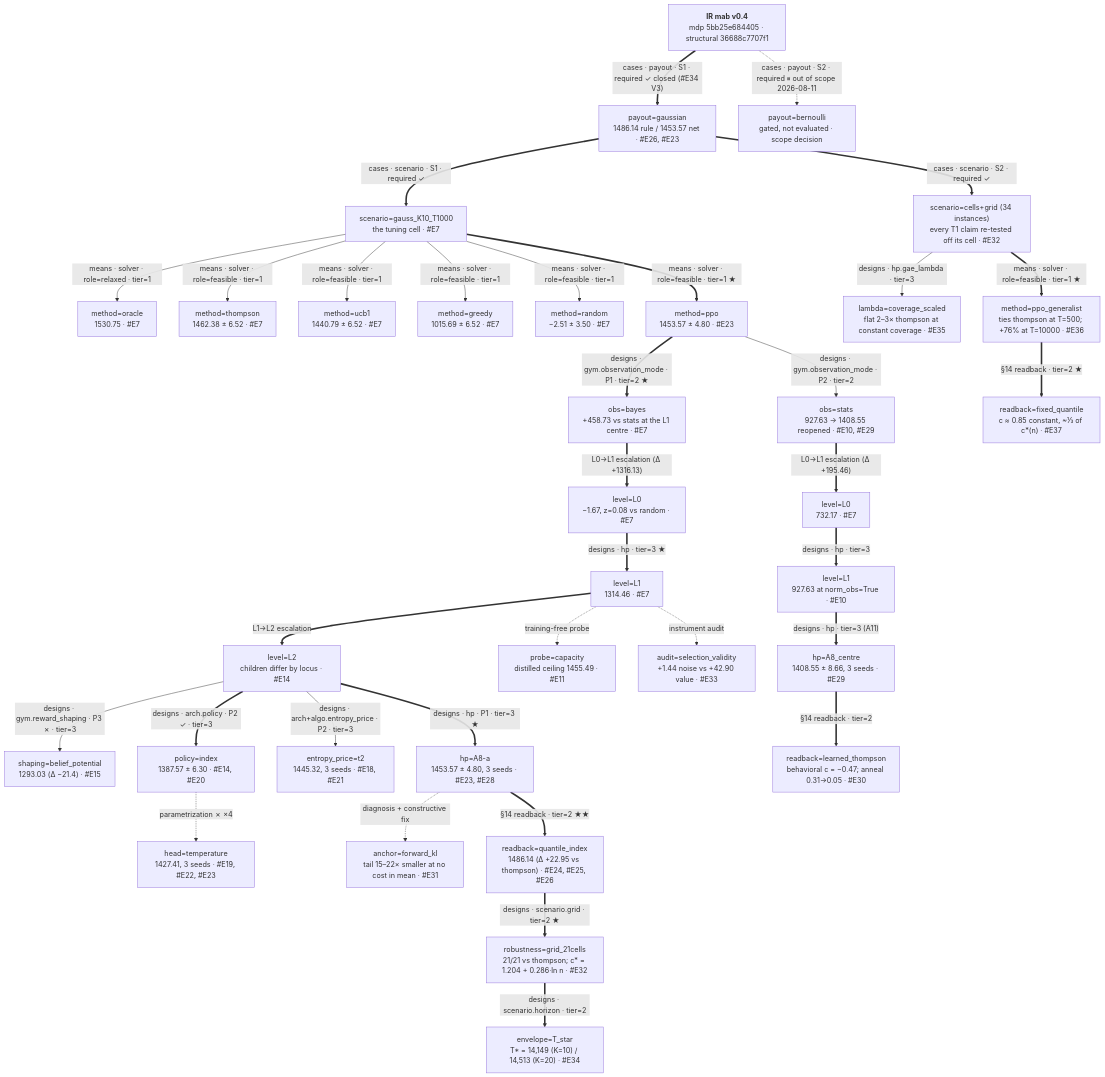
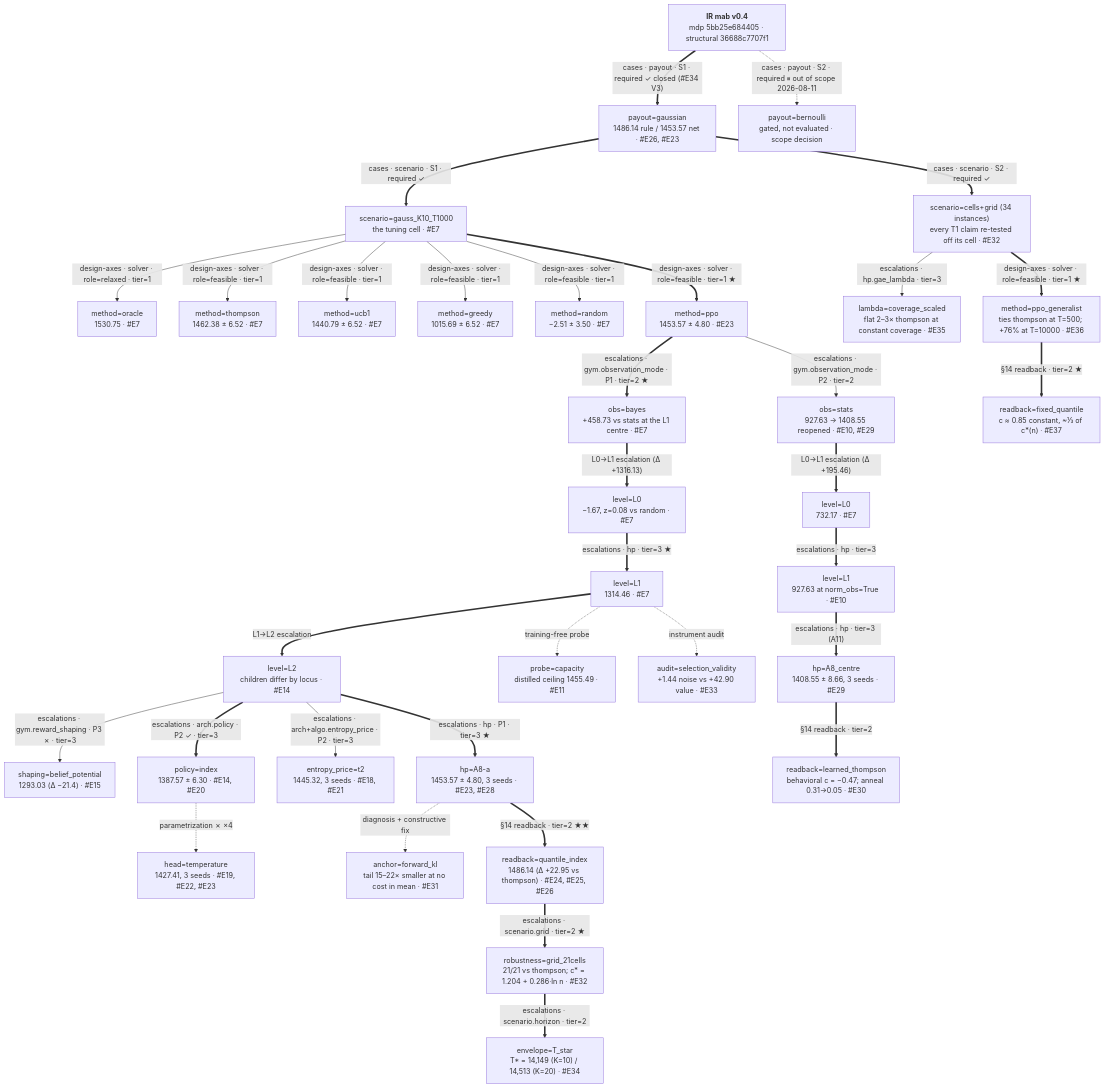
Before and after one commit to tong-wang/auto-mdp-solver: the diagram in plugin/skills/mdp-solver/examples/mab/ESCALATION.md, drawn with Mermaid. The commit also changed other lines of this file and 20 other files, not shown here.

````diff
--- a/plugin/skills/mdp-solver/examples/mab/ESCALATION.md
+++ b/plugin/skills/mdp-solver/examples/mab/ESCALATION.md
@@ -100,48 +113,48 @@
 ```mermaid
 graph TD
     ROOT["<b>IR mab v0.4</b><br/>mdp 5bb25e684405 · structural 36688c7707f1"]
 
     ROOT ==>|"cases · payout · S1 · required ✓ closed (#E34 V3)"| T1["payout=gaussian<br/>1486.14 rule / 1453.57 net · #E26, #E23"]
     ROOT -.->|"cases · payout · S2 · required ⏸ out of scope 2026-08-11"| T2["payout=bernoulli<br/>gated, not evaluated · scope decision"]
 
     T1 ==>|"cases · scenario · S1 · required ✓"| SC1["scenario=gauss_K10_T1000<br/>the tuning cell · #E7"]
     T1 ==>|"cases · scenario · S2 · required ✓"| CELLS["scenario=cells+grid (34 instances)<br/>every T1 claim re-tested off its cell · #E32"]
 
-    SC1 -->|"means · solver · role=relaxed · tier=1"| ORACLE["method=oracle<br/>1530.75 · #E7"]
-    SC1 -->|"means · solver · role=feasible · tier=1"| TS["method=thompson<br/>1462.38 ± 6.52 · #E7"]
-    SC1 -->|"means · solver · role=feasible · tier=1"| UCB["method=ucb1<br/>1440.79 ± 6.52 · #E7"]
-    SC1 -->|"means · solver · role=feasible · tier=1"| GRE["method=greedy<br/>1015.69 ± 6.52 · #E7"]
-    SC1 -->|"means · solver · role=feasible · tier=1"| RND["method=random<br/>−2.51 ± 3.50 · #E7"]
-    SC1 ==>|"means · solver · role=feasible · tier=1 ★"| PPO["method=ppo<br/>1453.57 ± 4.80 · #E23"]
+    SC1 -->|"design-axes · solver · role=relaxed · tier=1"| ORACLE["method=oracle<br/>1530.75 · #E7"]
+    SC1 -->|"design-axes · solver · role=feasible · tier=1"| TS["method=thompson<br/>1462.38 ± 6.52 · #E7"]
+    SC1 -->|"design-axes · solver · role=feasible · tier=1"| UCB["method=ucb1<br/>1440.79 ± 6.52 · #E7"]
+    SC1 -->|"design-axes · solver · role=feasible · tier=1"| GRE["method=greedy<br/>1015.69 ± 6.52 · #E7"]
+    SC1 -->|"design-axes · solver · role=feasible · tier=1"| RND["method=random<br/>−2.51 ± 3.50 · #E7"]
+    SC1 ==>|"design-axes · solver · role=feasible · tier=1 ★"| PPO["method=ppo<br/>1453.57 ± 4.80 · #E23"]
 
-    PPO ==>|"designs · gym.observation_mode · P1 · tier=2 ★"| OB["obs=bayes<br/>+458.73 vs stats at the L1 centre · #E7"]
-    PPO -->|"designs · gym.observation_mode · P2 · tier=2"| OS["obs=stats<br/>927.63 → 1408.55 reopened · #E10, #E29"]
+    PPO ==>|"escalations · gym.observation_mode · P1 · tier=2 ★"| OB["obs=bayes<br/>+458.73 vs stats at the L1 centre · #E7"]
+    PPO -->|"escalations · gym.observation_mode · P2 · tier=2"| OS["obs=stats<br/>927.63 → 1408.55 reopened · #E10, #E29"]
 
     OB ==>|"L0→L1 escalation (Δ +1316.13)"| L0B["level=L0<br/>−1.67, z=0.08 vs random · #E7"]
-    L0B ==>|"designs · hp · tier=3 ★"| L1B["level=L1<br/>1314.46 · #E7"]
+    L0B ==>|"escalations · hp · tier=3 ★"| L1B["level=L1<br/>1314.46 · #E7"]
     L1B ==>|"L1→L2 escalation"| L2["level=L2<br/>children differ by locus · #E14"]
 
     L1B -.->|"training-free probe"| PROBE["probe=capacity<br/>distilled ceiling 1455.49 · #E11"]
     L1B -.->|"instrument audit"| SELECT["audit=selection_validity<br/>+1.44 noise vs +42.90 value · #E33"]
 
-    L2 -->|"designs · gym.reward_shaping · P3 ✗ · tier=3"| GYM["shaping=belief_potential<br/>1293.03 (Δ −21.4) · #E15"]
-    L2 ==>|"designs · arch.policy · P2 ✓ · tier=3"| ARCH["policy=index<br/>1387.57 ± 6.30 · #E14, #E20"]
-    L2 -->|"designs · arch+algo.entropy_price · P2 · tier=3"| ALGO["entropy_price=t2<br/>1445.32, 3 seeds · #E18, #E21"]
-    L2 ==>|"designs · hp · P1 · tier=3 ★"| HP["hp=A8-a<br/>1453.57 ± 4.80, 3 seeds · #E23, #E28"]
+    L2 -->|"escalations · gym.reward_shaping · P3 ✗ · tier=3"| GYM["shaping=belief_potential<br/>1293.03 (Δ −21.4) · #E15"]
+    L2 ==>|"escalations · arch.policy · P2 ✓ · tier=3"| ARCH["policy=index<br/>1387.57 ± 6.30 · #E14, #E20"]
+    L2 -->|"escalations · arch+algo.entropy_price · P2 · tier=3"| ALGO["entropy_price=t2<br/>1445.32, 3 seeds · #E18, #E21"]
+    L2 ==>|"escalations · hp · P1 · tier=3 ★"| HP["hp=A8-a<br/>1453.57 ± 4.80, 3 seeds · #E23, #E28"]
 
     ARCH -.->|"parametrization ✗ ×4"| HEAD["head=temperature<br/>1427.41, 3 seeds · #E19, #E22, #E23"]
     HP -.->|"diagnosis + constructive fix"| COVER["anchor=forward_kl<br/>tail 15–22× smaller at no cost in mean · #E31"]
 
     HP ==>|"§14 readback · tier=2 ★★"| READ["readback=quantile_index<br/>1486.14 (Δ +22.95 vs thompson) · #E24, #E25, #E26"]
-    READ ==>|"designs · scenario.grid · tier=2 ★"| GRID["robustness=grid_21cells<br/>21/21 vs thompson; c* = 1.204 + 0.286·ln n · #E32"]
-    GRID ==>|"designs · scenario.horizon · tier=2"| ENV["envelope=T_star<br/>T* = 14,149 (K=10) / 14,513 (K=20) · #E34"]
+    READ ==>|"escalations · scenario.grid · tier=2 ★"| GRID["robustness=grid_21cells<br/>21/21 vs thompson; c* = 1.204 + 0.286·ln n · #E32"]
+    GRID ==>|"escalations · scenario.horizon · tier=2"| ENV["envelope=T_star<br/>T* = 14,149 (K=10) / 14,513 (K=20) · #E34"]
 
-    CELLS -->|"designs · hp.gae_lambda · tier=3"| LAM["lambda=coverage_scaled<br/>flat 2–3× thompson at constant coverage · #E35"]
-    CELLS ==>|"means · solver · role=feasible · tier=1 ★"| GEN["method=ppo_generalist<br/>ties thompson at T=500; +76% at T=10000 · #E36"]
+    CELLS -->|"escalations · hp.gae_lambda · tier=3"| LAM["lambda=coverage_scaled<br/>flat 2–3× thompson at constant coverage · #E35"]
+    CELLS ==>|"design-axes · solver · role=feasible · tier=1 ★"| GEN["method=ppo_generalist<br/>ties thompson at T=500; +76% at T=10000 · #E36"]
     GEN ==>|"§14 readback · tier=2 ★"| GREAD["readback=fixed_quantile<br/>c ≈ 0.85 constant, ~⅓ of c*(n) · #E37"]
 
     OS ==>|"L0→L1 escalation (Δ +195.46)"| L0S["level=L0<br/>732.17 · #E7"]
-    L0S ==>|"designs · hp · tier=3"| L1S["level=L1<br/>927.63 at norm_obs=True · #E10"]
-    L1S ==>|"designs · hp · tier=3 (A11)"| REOPEN["hp=A8_centre<br/>1408.55 ± 8.66, 3 seeds · #E29"]
+    L0S ==>|"escalations · hp · tier=3"| L1S["level=L1<br/>927.63 at norm_obs=True · #E10"]
+    L1S ==>|"escalations · hp · tier=3 (A11)"| REOPEN["hp=A8_centre<br/>1408.55 ± 8.66, 3 seeds · #E29"]
     REOPEN ==>|"§14 readback · tier=2"| SREAD["readback=learned_thompson<br/>behavioral c = −0.47; anneal 0.31→0.05 · #E30"]
 ```
````
